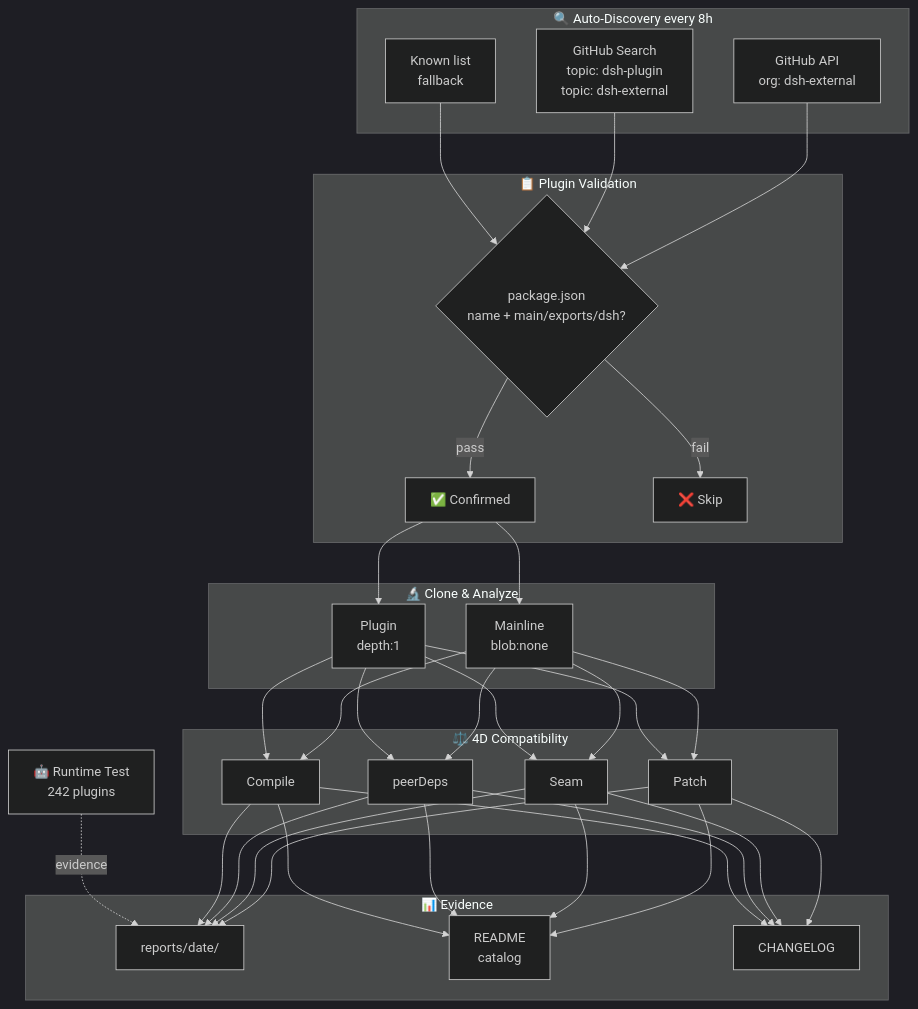
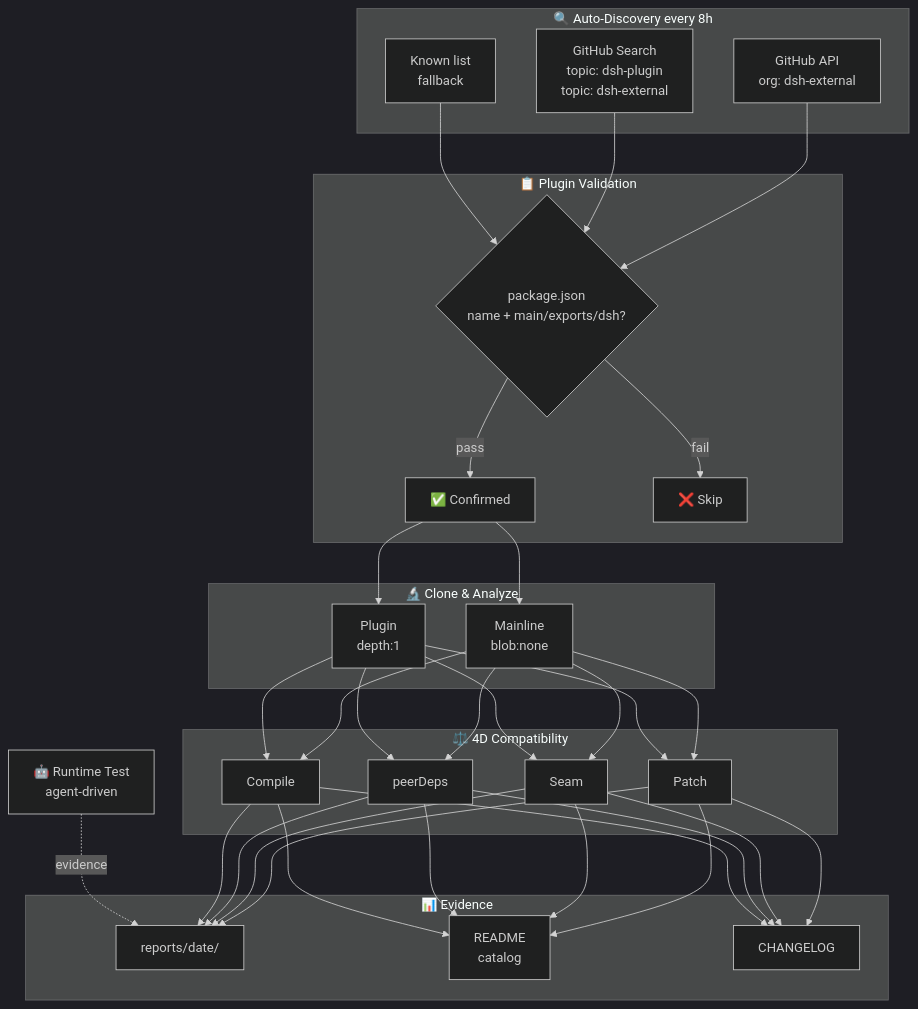
The diagram in README.en-US.md (AdamPlatin123/awesome-dsh-plugins), drawn with Mermaid (dark theme) before and after one commit. The commit also changed other lines of this file and 2 other files, not shown here.

````diff
--- a/README.en-US.md
+++ b/README.en-US.md
@@ -16,36 +16,36 @@
 ```mermaid
 graph TB
     subgraph Discovery["🔍 Auto-Discovery every 8h"]
         A1["GitHub API<br/>org: dsh-external"]
         A2["GitHub Search<br/>topic: dsh-plugin<br/>topic: dsh-external"]
         A3["Known list<br/>fallback"]
     end
     subgraph Validation["📋 Plugin Validation"]
         B1{"package.json<br/>name + main/exports/dsh?"}
         B1 -->|pass| B2["✅ Confirmed"]
         B1 -->|fail| B3["❌ Skip"]
     end
     subgraph Analysis["🔬 Clone & Analyze"]
         C1["Mainline<br/>blob:none"]
         C2["Plugin<br/>depth:1"]
     end
     subgraph Compat["⚖️ 4D Compatibility"]
         D1[Patch]
         D2[Seam]
         D3[peerDeps]
         D4[Compile]
     end
     subgraph Output["📊 Evidence"]
         E1["reports/date/"]
         E2["README<br/>catalog"]
         E3[CHANGELOG]
     end
-    RT["🤖 Runtime Test<br/>242 plugins"]
+    RT["🤖 Runtime Test<br/>agent-driven"]
     A1 --> B1
     A2 --> B1
     A3 --> B1
     B2 --> C1 & C2
     C1 & C2 --> D1 & D2 & D3 & D4
     D1 & D2 & D3 & D4 --> E1 & E2 & E3
     RT -.->|evidence| E1
 ```
````
